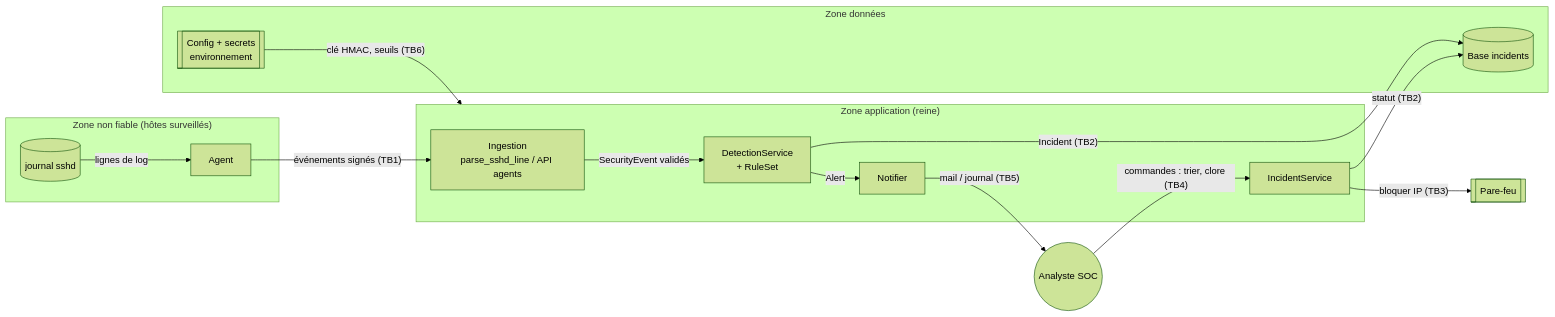
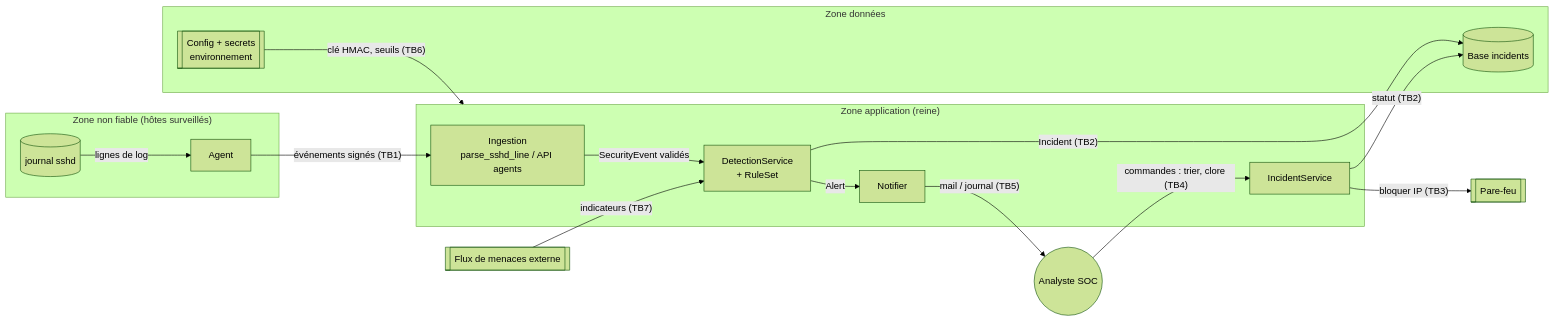
Before and after one commit to RedSwift91/queenbee: the diagram in docs/threat_model.md, drawn with Mermaid (forest theme). The commit also changed other lines of this file, not shown here.

Commit message:
docs: modèle de menaces à jour (TB7 flux de menaces, EX-09, statut J2)

````diff
--- a/docs/threat_model.md
+++ b/docs/threat_model.md
@@ -33,30 +33,32 @@
 ```mermaid
 flowchart LR
     subgraph EXT["Zone non fiable (hôtes surveillés)"]
         LOG[(journal sshd)]
         AG[Agent]
     end
     subgraph APP["Zone application (reine)"]
         IN[Ingestion<br/>parse_sshd_line / API agents]
         DET[DetectionService<br/>+ RuleSet]
         INC[IncidentService]
         NOTIF[Notifier]
     end
     subgraph DATA["Zone données"]
         DB[(Base incidents)]
         CFG[[Config + secrets<br/>environnement]]
     end
     FW[[Pare-feu]]
     SOC((Analyste SOC))
+    FEED[[Flux de menaces externe]]
 
     LOG -->|lignes de log| AG
     AG -->|"événements signés (TB1)"| IN
     IN -->|SecurityEvent validés| DET
     DET -->|"Incident (TB2)"| DB
     DET -->|Alert| NOTIF
     NOTIF -->|"mail / journal (TB5)"| SOC
     SOC -->|"commandes : trier, clore (TB4)"| INC
     INC -->|"statut (TB2)"| DB
     INC -->|"bloquer IP (TB3)"| FW
     CFG -->|"clé HMAC, seuils (TB6)"| APP
+    FEED -->|"indicateurs (TB7)"| DET
 ```
````
